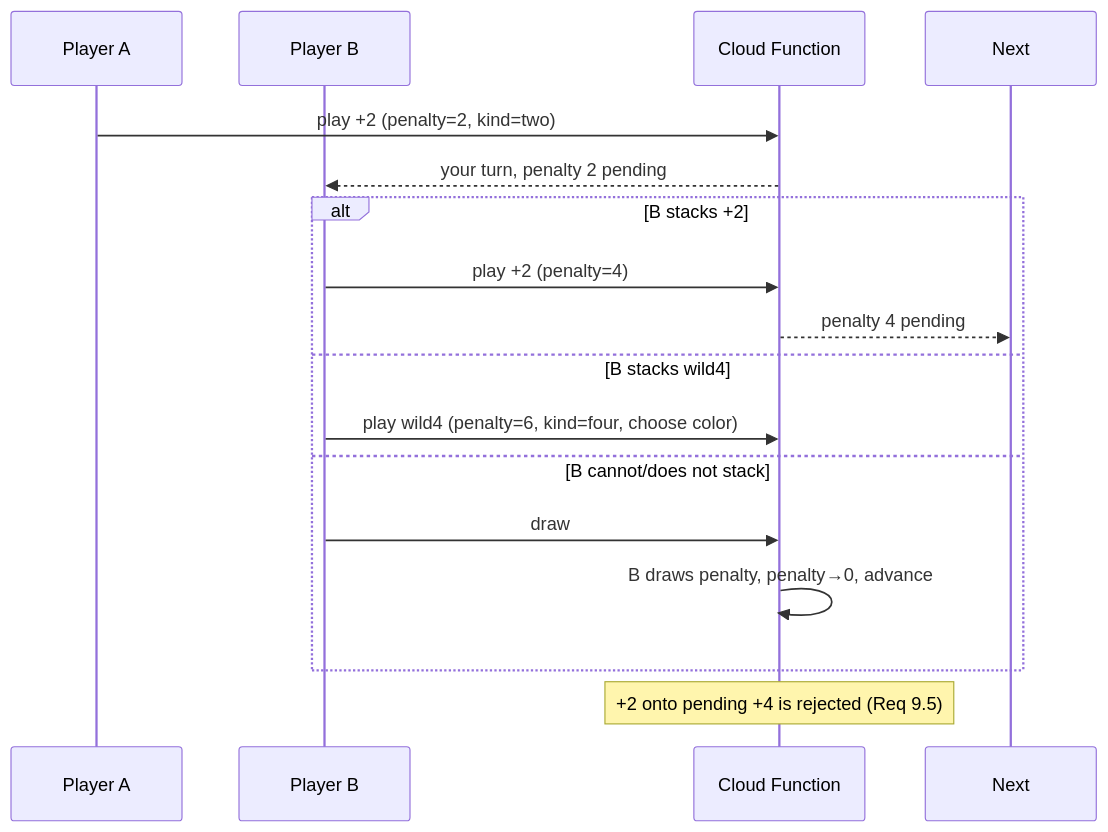
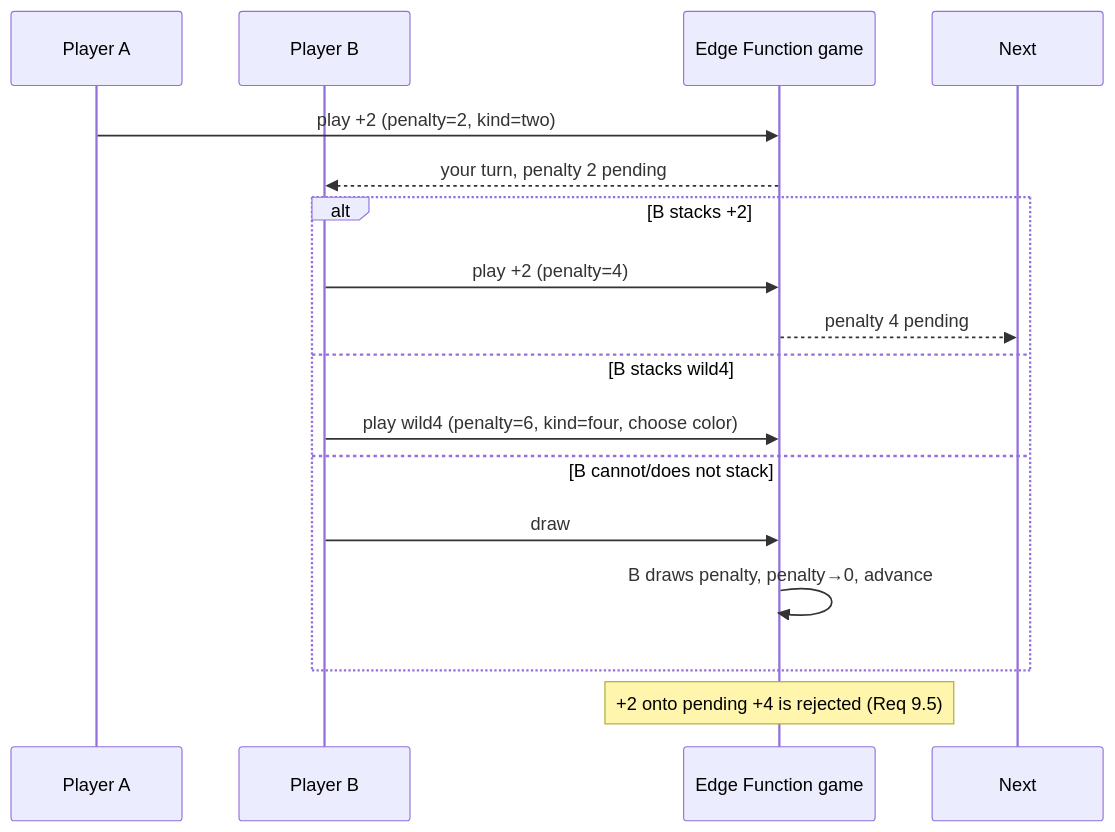
One commit to livanuj/homemade_Uno changed the sixth of 7 diagrams in .kiro/specs/homemade-uno/design.md. Above: the diagram before and after it, drawn with Mermaid. The commit also changed other lines of this file and 130 other files, not shown here.

````diff
--- a/.kiro/specs/homemade-uno/design.md
+++ b/.kiro/specs/homemade-uno/design.md
@@ -500,18 +488,18 @@
 ```mermaid
 sequenceDiagram
   participant A as Player A
   participant B as Player B
-  participant S as Cloud Function
+  participant S as Edge Function game
   A->>S: play +2 (penalty=2, kind=two)
   S-->>B: your turn, penalty 2 pending
   alt B stacks +2
     B->>S: play +2 (penalty=4)
     S-->>Next: penalty 4 pending
   else B stacks wild4
     B->>S: play wild4 (penalty=6, kind=four, choose color)
   else B cannot/does not stack
     B->>S: draw
     S->>S: B draws penalty, penalty→0, advance
   end
   Note over S: +2 onto pending +4 is rejected (Req 9.5)
 ```
````
